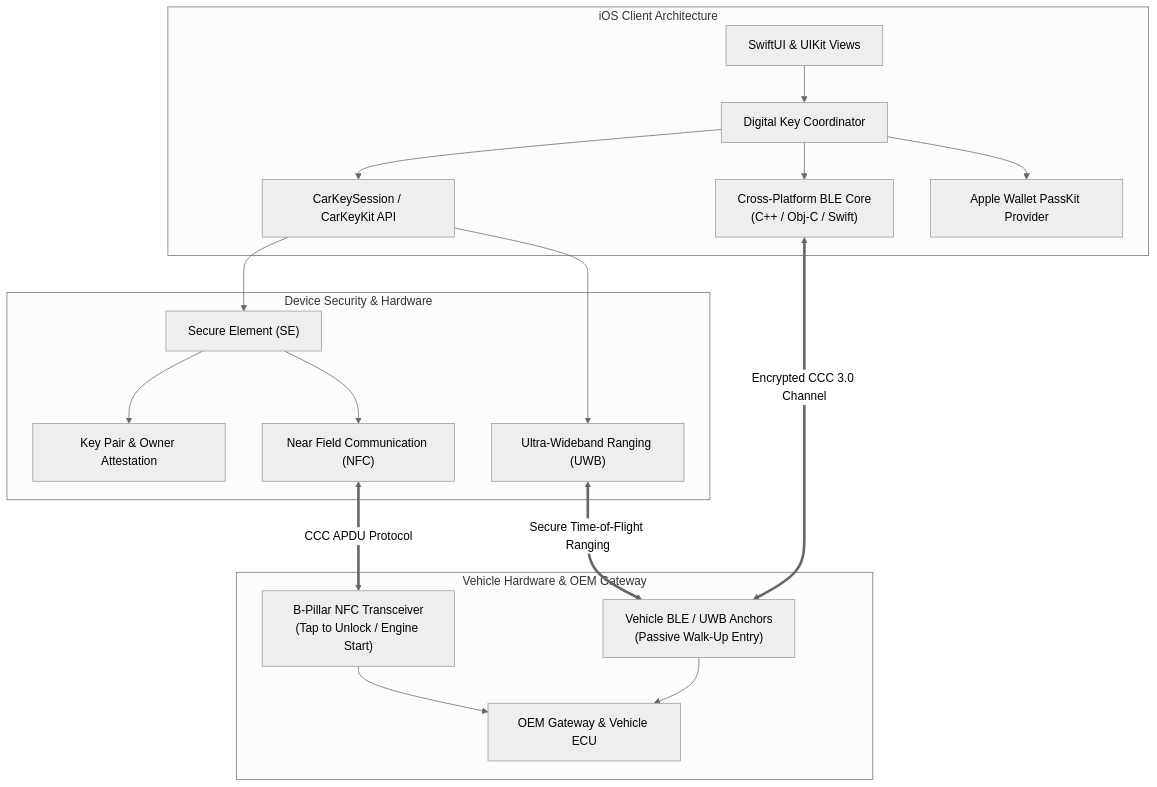
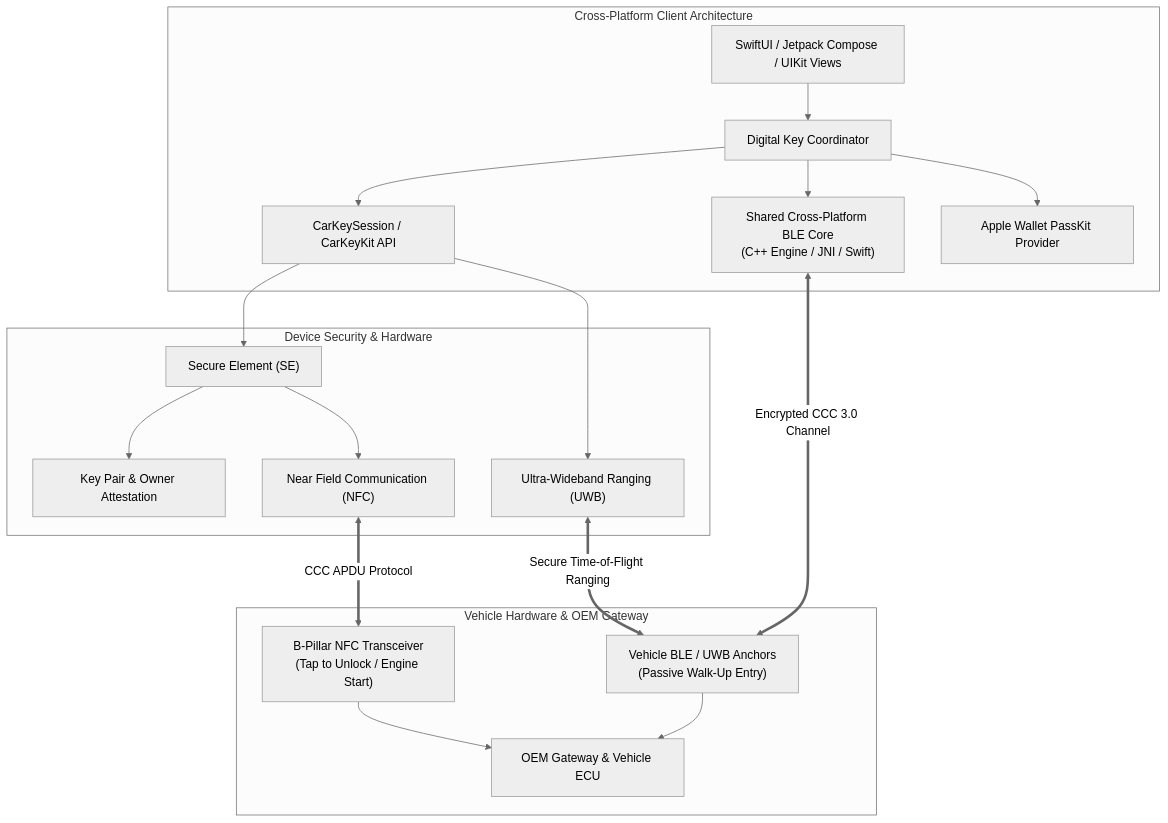
Before and after one commit to aakpro/resume: the second of 2 diagrams in README.md, drawn with Mermaid (neutral theme). The commit also changed other lines of this file and 1 other file, not shown here.

Commit message:
feat: reframe to cross-platform technical lead with high-impact achiever metrics

````diff
--- a/README.md
+++ b/README.md
@@ -183,40 +181,40 @@
 ```mermaid
 flowchart TD
-    subgraph Client["iOS Client Architecture"]
-        UI["SwiftUI & UIKit Views"]
+    subgraph Client["Cross-Platform Client Architecture"]
+        UI["SwiftUI / Jetpack Compose / UIKit Views"]
         Coordinator["Digital Key Coordinator"]
         CarKeyKit["CarKeySession / CarKeyKit API"]
-        BLE["Cross-Platform BLE Core<br/>(C++ / Obj-C / Swift)"]
+        BLE["Shared Cross-Platform BLE Core<br/>(C++ Engine / JNI / Swift)"]
         PassKit["Apple Wallet PassKit Provider"]
     end
 
     subgraph Security["Device Security & Hardware"]
         SE["Secure Element (SE)"]
         Attestation["Key Pair & Owner Attestation"]
         NFC["Near Field Communication (NFC)"]
         UWB["Ultra-Wideband Ranging (UWB)"]
     end
 
     subgraph Vehicle["Vehicle Hardware & OEM Gateway"]
         NFCReader["B-Pillar NFC Transceiver<br/>(Tap to Unlock / Engine Start)"]
         BLEAnchors["Vehicle BLE / UWB Anchors<br/>(Passive Walk-Up Entry)"]
         Gateway["OEM Gateway & Vehicle ECU"]
     end
 
     UI --> Coordinator
     Coordinator --> CarKeyKit
     Coordinator --> BLE
     Coordinator --> PassKit
 
     CarKeyKit --> SE
     SE --> Attestation
     SE --> NFC
     CarKeyKit --> UWB
 
     NFC <==>|"CCC APDU Protocol"| NFCReader
     BLE <==>|"Encrypted CCC 3.0 Channel"| BLEAnchors
     UWB <==>|"Secure Time-of-Flight Ranging"| BLEAnchors
 
     NFCReader --> Gateway
     BLEAnchors --> Gateway
 ```
````
